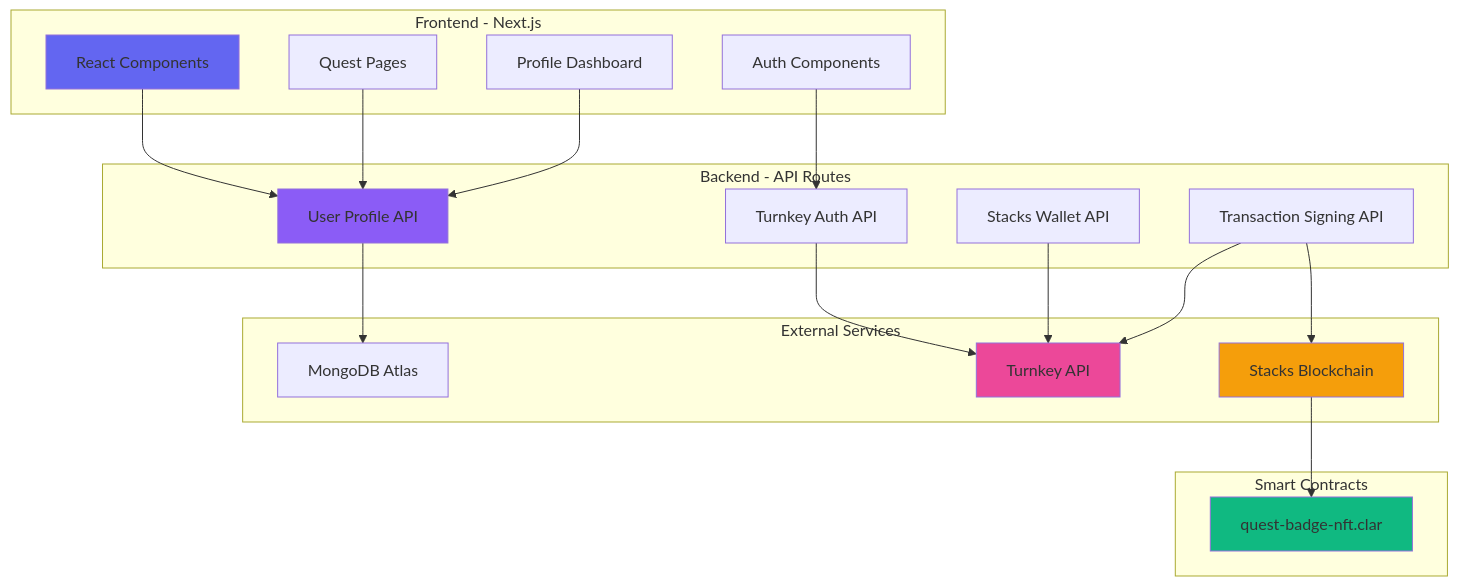
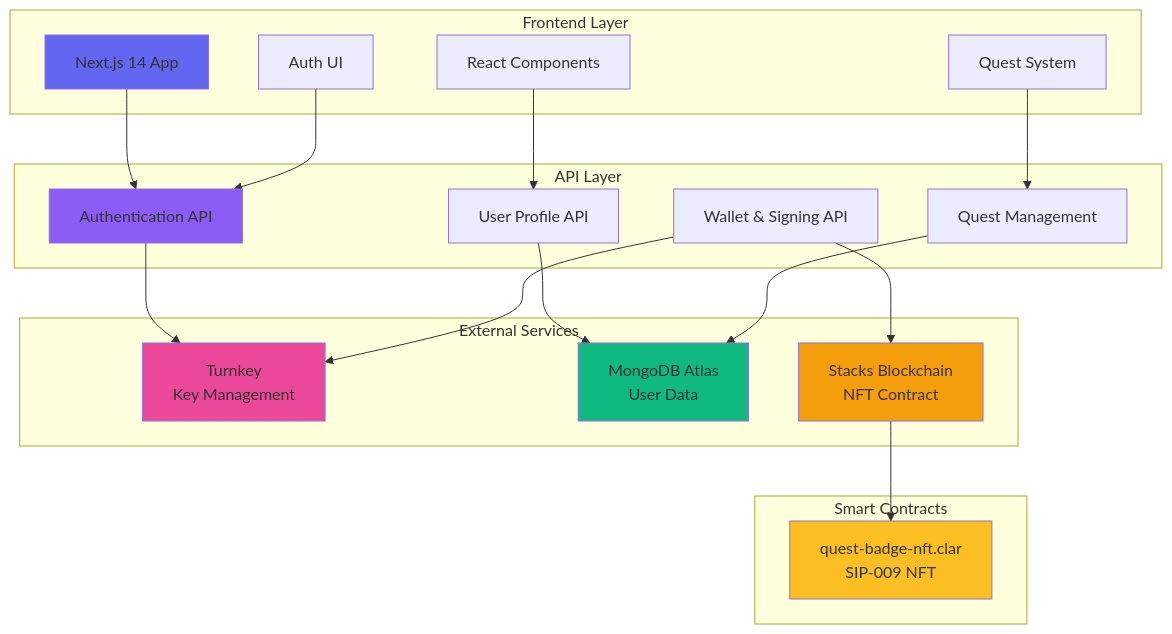
Before and after one commit to Arowolokehinde/QuestFinance: the first of 6 diagrams in README.md, drawn with Mermaid. The commit also changed other lines of this file and 10 other files, not shown here.

````diff
--- a/README.md
+++ b/README.md
@@ -109,45 +111,46 @@
 ```mermaid
 graph TB
-    subgraph "Frontend - Next.js"
-        A[React Components]
-        B[Quest Pages]
-        C[Profile Dashboard]
-        D[Auth Components]
+    subgraph "Frontend Layer"
+        A[Next.js 14 App]
+        B[React Components]
+        C[Quest System]
+        D[Auth UI]
     end
 
-    subgraph "Backend - API Routes"
-        E[User Profile API]
-        F[Turnkey Auth API]
-        G[Stacks Wallet API]
-        H[Transaction Signing API]
+    subgraph "API Layer"
+        E[Authentication API]
+        F[User Profile API]
+        G[Wallet & Signing API]
+        H[Quest Management]
     end
 
     subgraph "External Services"
-        I[Turnkey API]
-        J[MongoDB Atlas]
-        K[Stacks Blockchain]
+        I[Turnkey<br/>Key Management]
+        J[MongoDB Atlas<br/>User Data]
+        K[Stacks Blockchain<br/>NFT Contract]
     end
 
     subgraph "Smart Contracts"
-        L[quest-badge-nft.clar]
+        L[quest-badge-nft.clar<br/>SIP-009 NFT]
     end
 
     A --> E
-    B --> E
-    C --> E
-    D --> F
+    B --> F
+    C --> H
+    D --> E
 
-    E --> J
-    F --> I
+    E --> I
+    F --> J
     G --> I
-    H --> I
+    H --> J
 
-    H --> K
+    G --> K
     K --> L
 
     style A fill:#6366f1
     style E fill:#8b5cf6
     style I fill:#ec4899
+    style J fill:#10b981
     style K fill:#f59e0b
-    style L fill:#10b981
+    style L fill:#fbbf24
 ```
````
